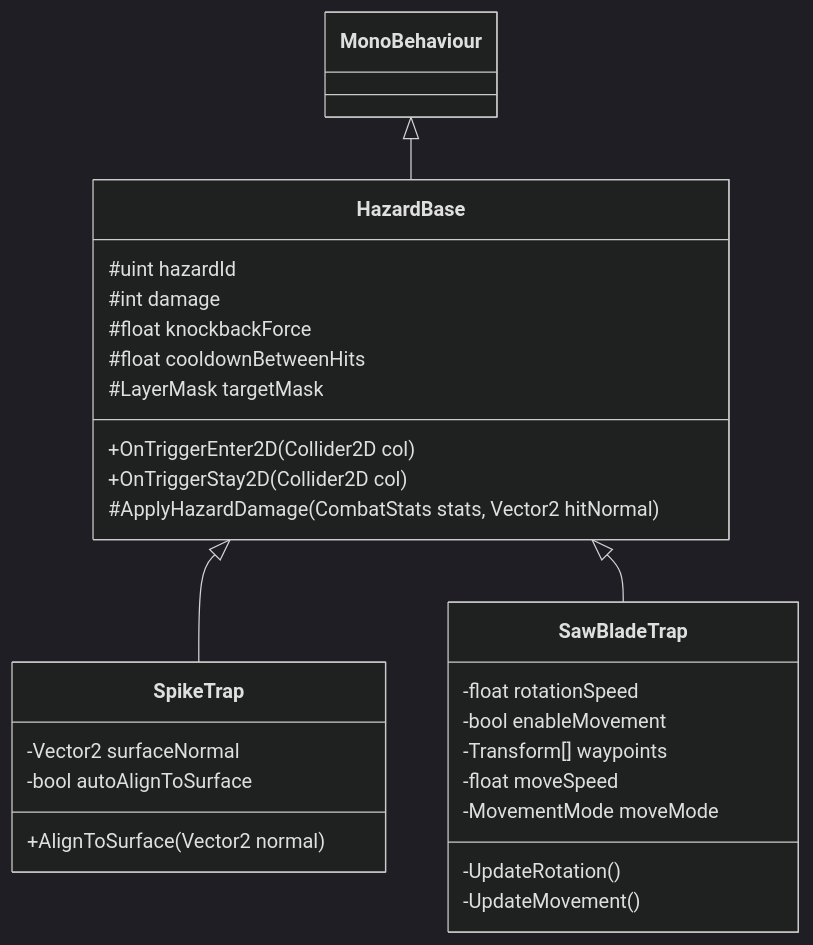
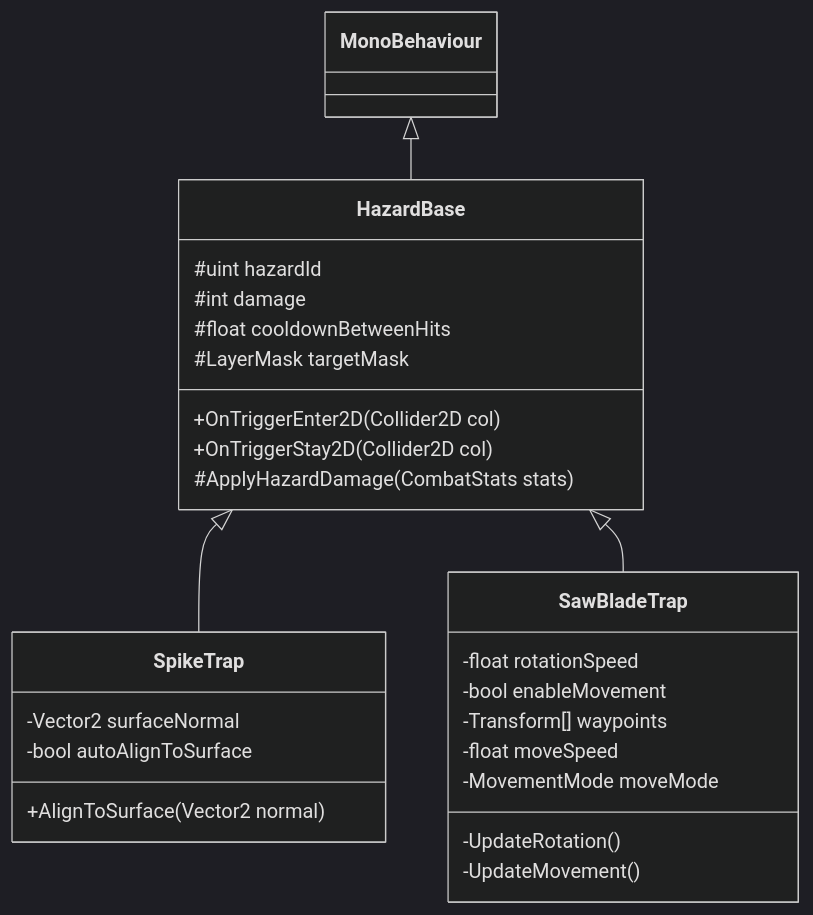
The diagram in Assets/Docs/SubPlans/plan_hazards_traps.md (KangSungKyu/TP2), drawn with Mermaid (dark theme) before and after one commit. The commit also changed other lines of this file and 8 other files, not shown here.

````diff
--- a/Assets/Docs/SubPlans/plan_hazards_traps.md
+++ b/Assets/Docs/SubPlans/plan_hazards_traps.md
@@ -29,33 +43,32 @@
 ```mermaid
 classDiagram
     MonoBehaviour <|-- HazardBase
     HazardBase <|-- SpikeTrap
     HazardBase <|-- SawBladeTrap
 
     class HazardBase {
         #uint hazardId
         #int damage
-        #float knockbackForce
         #float cooldownBetweenHits
         #LayerMask targetMask
         +OnTriggerEnter2D(Collider2D col)
         +OnTriggerStay2D(Collider2D col)
-        #ApplyHazardDamage(CombatStats stats, Vector2 hitNormal)
+        #ApplyHazardDamage(CombatStats stats)
     }
 
     class SpikeTrap {
         -Vector2 surfaceNormal
         -bool autoAlignToSurface
         +AlignToSurface(Vector2 normal)
     }
 
     class SawBladeTrap {
         -float rotationSpeed
         -bool enableMovement
         -Transform[] waypoints
         -float moveSpeed
         -MovementMode moveMode
         -UpdateRotation()
         -UpdateMovement()
     }
 ```
````
